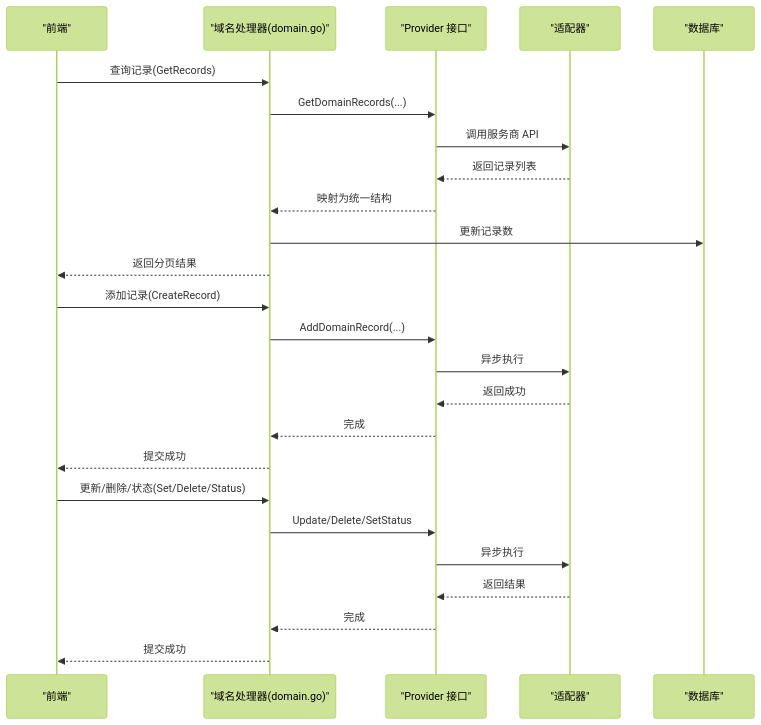
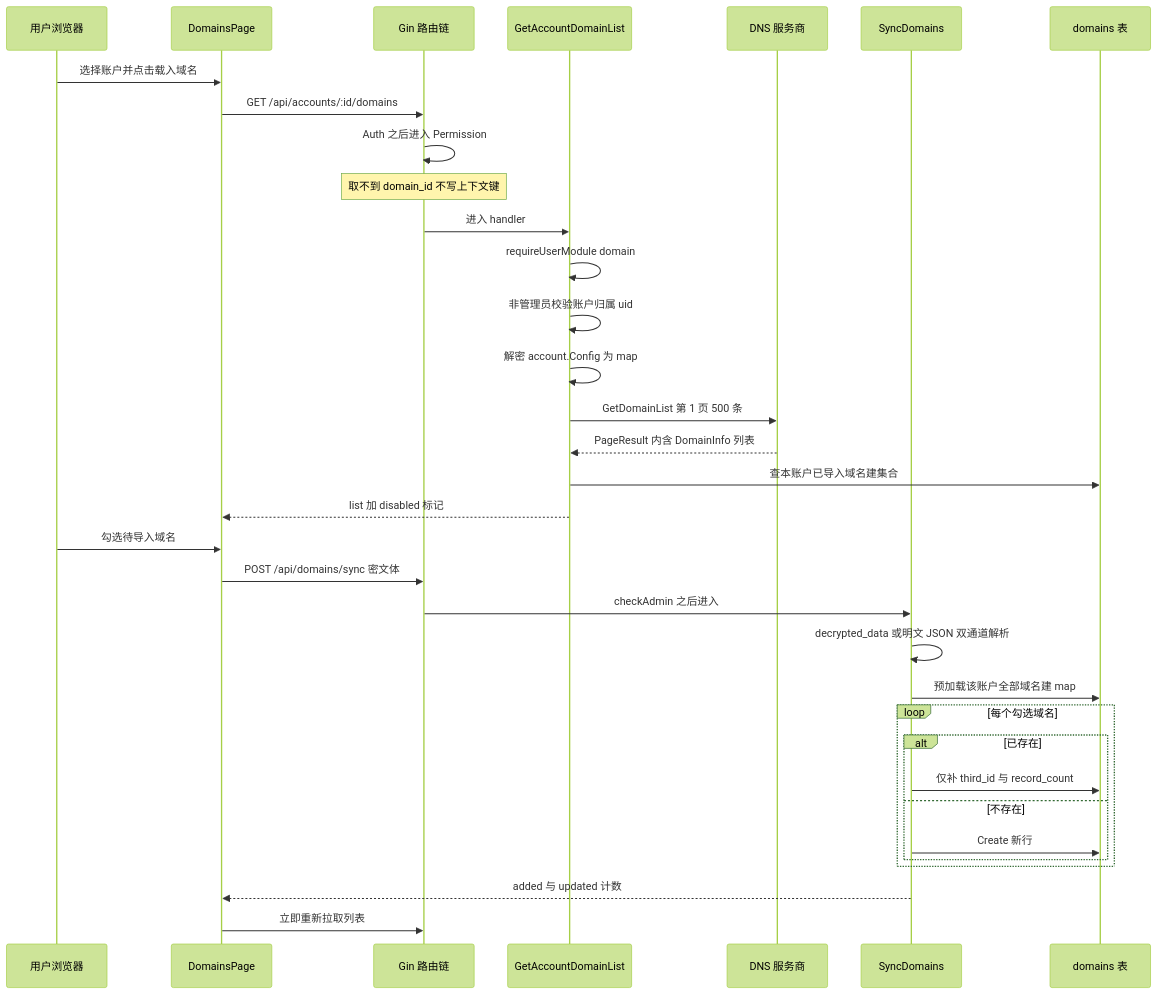
Before and after one commit to x01n/dnsplane: the first of 4 diagrams in docs/DNS管理功能/域名管理.md, drawn with Mermaid (forest theme). The commit also changed other lines of this file and 326 other files, not shown here.

````diff
--- a/docs/DNS管理功能/域名管理.md
+++ b/docs/DNS管理功能/域名管理.md
@@ -295,27 +143,36 @@
 ```mermaid
 sequenceDiagram
-participant FE as "前端"
-participant HD as "域名处理器(domain.go)"
-participant PR as "Provider 接口"
-participant AD as "适配器"
-participant DB as "数据库"
-FE->>HD : 查询记录(GetRecords)
-HD->>PR : GetDomainRecords(...)
-PR->>AD : 调用服务商 API
-AD-->>PR : 返回记录列表
-PR-->>HD : 映射为统一结构
-HD->>DB : 更新记录数
-HD-->>FE : 返回分页结果
-FE->>HD : 添加记录(CreateRecord)
-HD->>PR : AddDomainRecord(...)
-PR->>AD : 异步执行
-AD-->>PR : 返回成功
-PR-->>HD : 完成
-HD-->>FE : 提交成功
-FE->>HD : 更新/删除/状态(Set/Delete/Status)
-HD->>PR : Update/Delete/SetStatus
-PR->>AD : 异步执行
-AD-->>PR : 返回结果
-PR-->>HD : 完成
-HD-->>FE : 提交成功
+    participant U as 用户浏览器
+    participant P as DomainsPage
+    participant GW as Gin 路由链
+    participant L as GetAccountDomainList
+    participant PV as DNS 服务商
+    participant S as SyncDomains
+    participant DB as domains 表
+    U->>P: 选择账户并点击载入域名
+    P->>GW: GET /api/accounts/:id/domains
+    GW->>GW: Auth 之后进入 Permission
+    Note over GW: 取不到 domain_id 不写上下文键
+    GW->>L: 进入 handler
+    L->>L: requireUserModule domain
+    L->>L: 非管理员校验账户归属 uid
+    L->>L: 解密 account.Config 为 map
+    L->>PV: GetDomainList 第 1 页 500 条
+    PV-->>L: PageResult 内含 DomainInfo 列表
+    L->>DB: 查本账户已导入域名建集合
+    L-->>P: list 加 disabled 标记
+    U->>P: 勾选待导入域名
+    P->>GW: POST /api/domains/sync 密文体
+    GW->>S: checkAdmin 之后进入
+    S->>S: decrypted_data 或明文 JSON 双通道解析
+    S->>DB: 预加载该账户全部域名建 map
+    loop 每个勾选域名
+        alt 已存在
+            S->>DB: 仅补 third_id 与 record_count
+        else 不存在
+            S->>DB: Create 新行
+        end
+    end
+    S-->>P: added 与 updated 计数
+    P->>GW: 立即重新拉取列表
 ```
````
